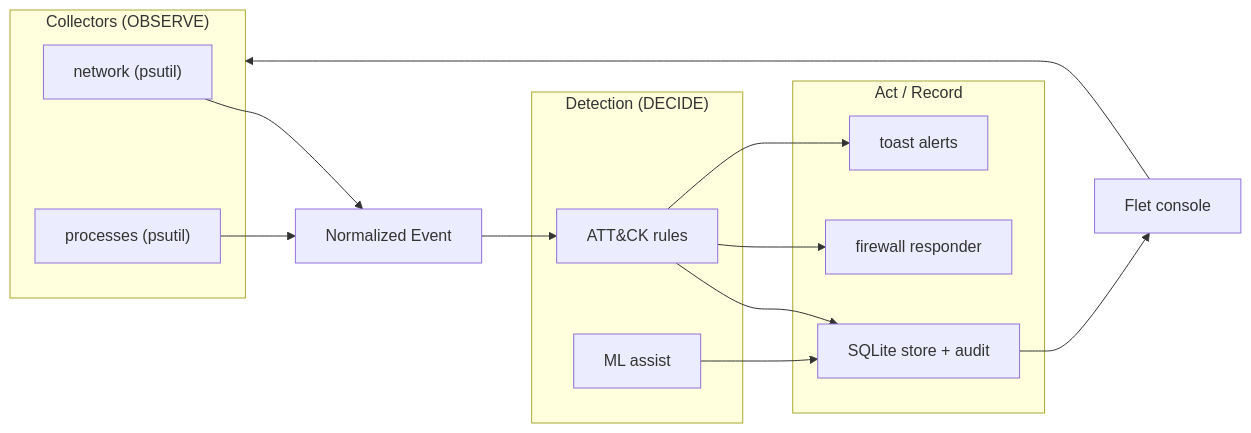
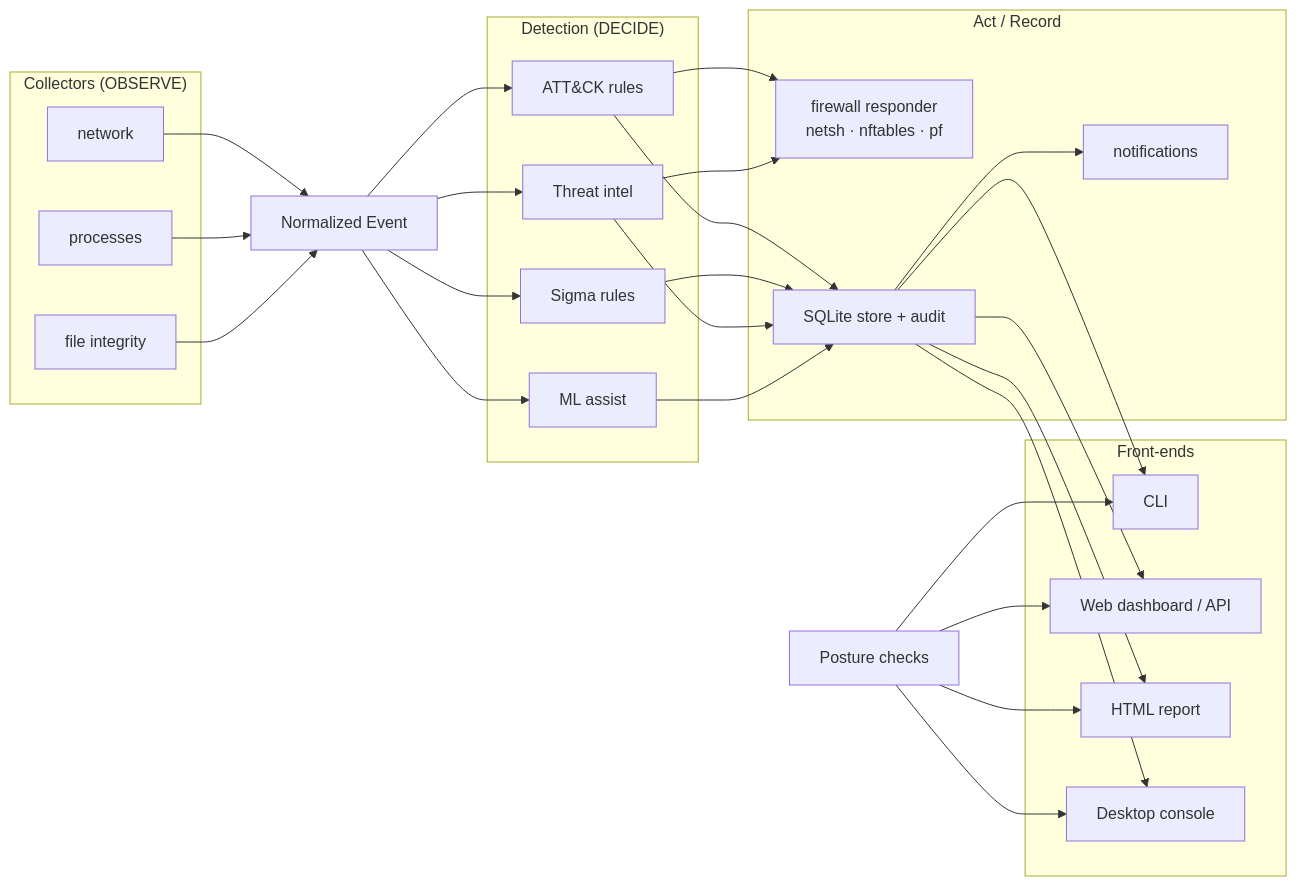
One commit to om-jangam/aegis changed the diagram in README.md. Above: the diagram before and after it, drawn with Mermaid. The commit also changed other lines of this file and 24 other files, not shown here.

First line of the commit message:
Add posture audit, threat intel, web dashboard and HTML reports

````diff
--- a/README.md
+++ b/README.md
@@ -47,24 +86,31 @@
 ```mermaid
 flowchart LR
     subgraph collectors["Collectors (OBSERVE)"]
-        C1["network (psutil)"]
-        C2["processes (psutil)"]
+        C1["network"]
+        C2["processes"]
+        C3["file integrity"]
     end
     EV["Normalized Event"]
     subgraph detection["Detection (DECIDE)"]
         RU["ATT&CK rules"]
+        SG["Sigma rules"]
+        TI["Threat intel"]
         ML["ML assist"]
     end
     subgraph act["Act / Record"]
-        FR["firewall responder"]
+        FR["firewall responder<br/>netsh · nftables · pf"]
         DB["SQLite store + audit"]
-        NO["toast alerts"]
+        NO["notifications"]
     end
-    UI["Flet console"]
-    C1 & C2 --> EV --> RU --> DB
-    ML --> DB
-    RU --> FR
-    RU --> NO
-    UI --> collectors
-    DB --> UI
+    PO["Posture checks"]
+    subgraph front["Front-ends"]
+        CLI["CLI"]
+        WEB["Web dashboard / API"]
+        REP["HTML report"]
+        GUI["Desktop console"]
+    end
+    C1 & C2 & C3 --> EV --> RU & SG & TI & ML --> DB
+    RU & TI --> FR
+    DB --> NO
+    DB & PO --> WEB & REP & CLI & GUI
 ```
````
